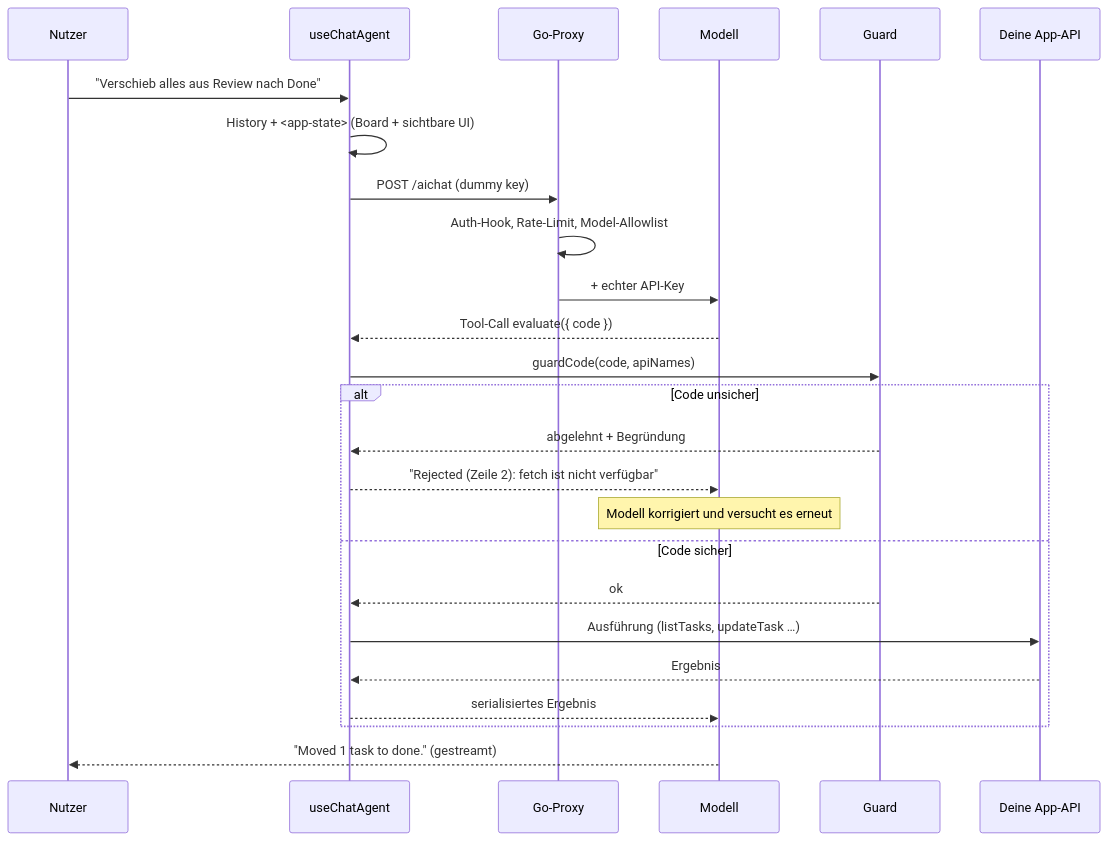
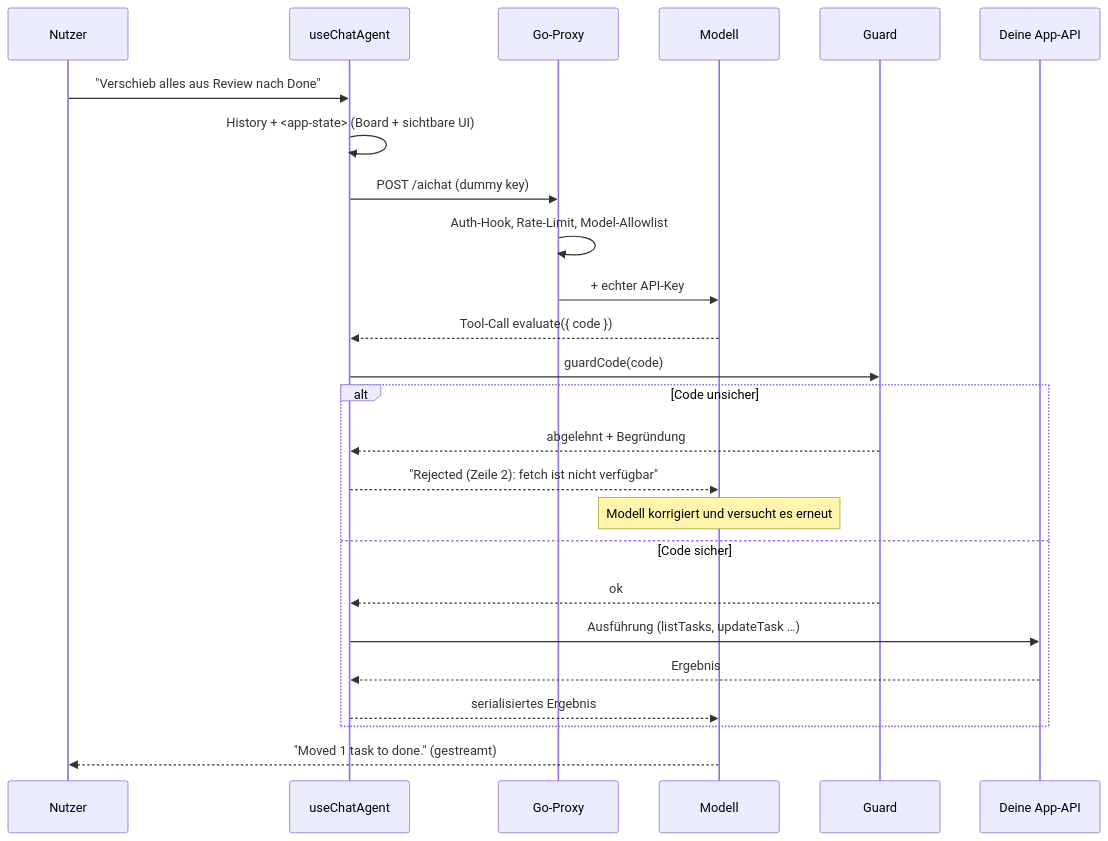
Before and after one commit to SebastianBaltes/BaseAIChat: the first of 3 diagrams in README.md, drawn with Mermaid. The commit also changed other lines of this file and 4 other files, not shown here.

````diff
--- a/README.md
+++ b/README.md
@@ -89,28 +89,28 @@
 ```mermaid
 sequenceDiagram
     participant U as Nutzer
     participant H as useChatAgent
     participant P as Go-Proxy
     participant M as Modell
     participant G as Guard
     participant A as Deine App-API
 
     U->>H: "Verschieb alles aus Review nach Done"
     H->>H: History + <app-state> (Board + sichtbare UI)
     H->>P: POST /aichat  (dummy key)
     P->>P: Auth-Hook, Rate-Limit, Model-Allowlist
     P->>M: + echter API-Key
     M-->>H: Tool-Call evaluate({ code })
-    H->>G: guardCode(code, apiNames)
+    H->>G: guardCode(code)
     alt Code unsicher
         G-->>H: abgelehnt + Begründung
         H-->>M: "Rejected (Zeile 2): fetch ist nicht verfügbar"
         Note over M: Modell korrigiert und versucht es erneut
     else Code sicher
         G-->>H: ok
         H->>A: Ausführung (listTasks, updateTask …)
         A-->>H: Ergebnis
         H-->>M: serialisiertes Ergebnis
     end
     M-->>U: "Moved 1 task to done." (gestreamt)
 ```
````
